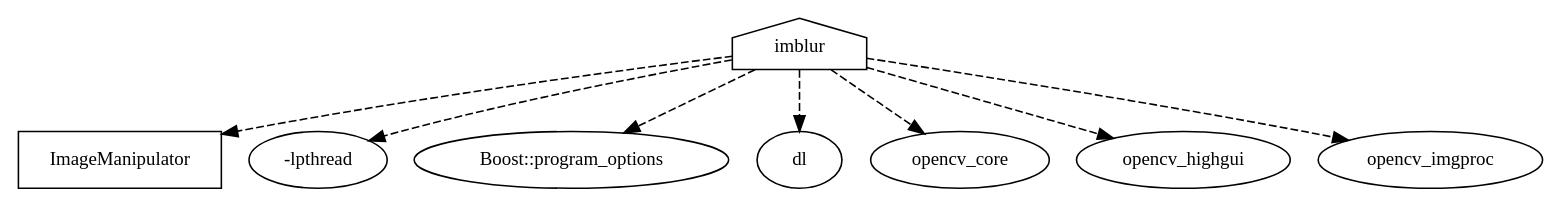
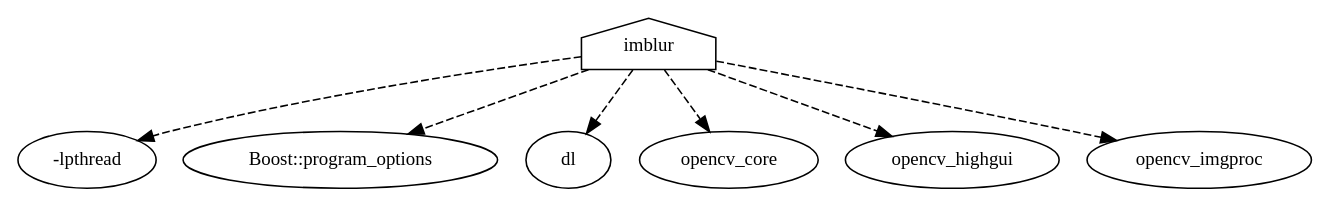
One commit to sriniv27/imblur changed the diagram in build/deps.dot. Above: the diagram before and after it, drawn with Graphviz. The commit also changed 3 other files, not shown here.

```diff
--- a/build/deps.dot
+++ b/build/deps.dot
@@ -1,20 +1,18 @@
 digraph "GG" {
 node [
   fontsize = "12"
 ];
-    "node2" [ label="ImageManipulator" shape="polygon"];
-    "node4" [ label="imblur" shape="house"];
-    "node8" [ label="-lpthread" shape="ellipse"];
-    "node4" -> "node8"[style = dashed] // imblur -> -lpthread
-    "node12" [ label="Boost::program_options" shape="ellipse"];
-    "node4" -> "node12"[style = dashed] // imblur -> Boost::program_options
-    "node4" -> "node2"[style = dashed] // imblur -> ImageManipulator
-    "node7" [ label="dl" shape="ellipse"];
-    "node4" -> "node7"[style = dashed] // imblur -> dl
-    "node9" [ label="opencv_core" shape="ellipse"];
-    "node4" -> "node9"[style = dashed] // imblur -> opencv_core
-    "node11" [ label="opencv_highgui" shape="ellipse"];
-    "node4" -> "node11"[style = dashed] // imblur -> opencv_highgui
-    "node10" [ label="opencv_imgproc" shape="ellipse"];
-    "node4" -> "node10"[style = dashed] // imblur -> opencv_imgproc
+    "node2" [ label="imblur" shape="house"];
+    "node7" [ label="-lpthread" shape="ellipse"];
+    "node2" -> "node7"[style = dashed] // imblur -> -lpthread
+    "node11" [ label="Boost::program_options" shape="ellipse"];
+    "node2" -> "node11"[style = dashed] // imblur -> Boost::program_options
+    "node6" [ label="dl" shape="ellipse"];
+    "node2" -> "node6"[style = dashed] // imblur -> dl
+    "node8" [ label="opencv_core" shape="ellipse"];
+    "node2" -> "node8"[style = dashed] // imblur -> opencv_core
+    "node10" [ label="opencv_highgui" shape="ellipse"];
+    "node2" -> "node10"[style = dashed] // imblur -> opencv_highgui
+    "node9" [ label="opencv_imgproc" shape="ellipse"];
+    "node2" -> "node9"[style = dashed] // imblur -> opencv_imgproc
 }
```
